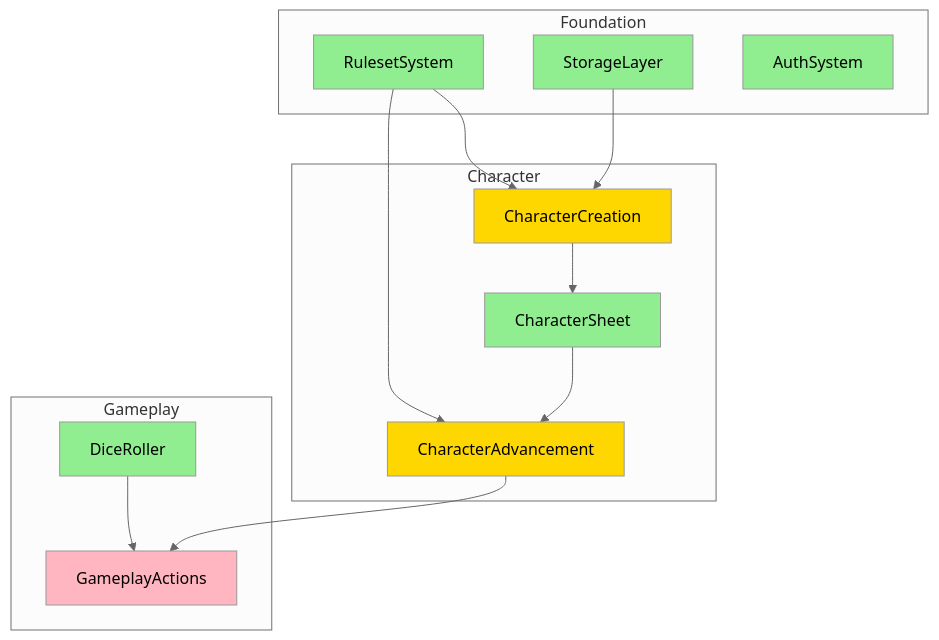
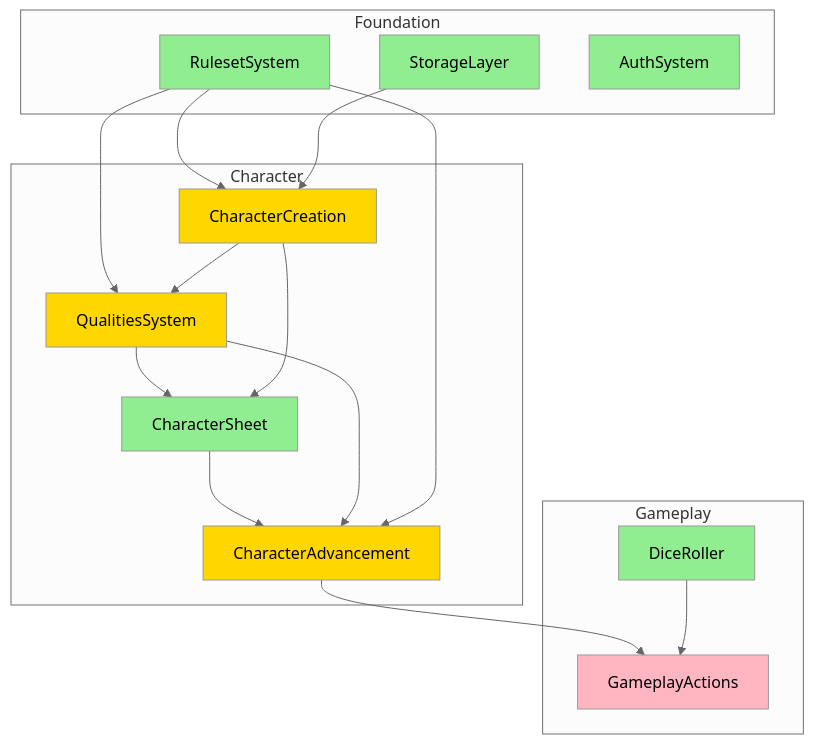
Before and after one commit to Jasrags/ShadowMaster: the fourth of 8 diagrams in docs/specifications/README.md, drawn with Mermaid (neutral theme). The commit also changed other lines of this file and 2 other files, not shown here.

````diff
--- a/docs/specifications/README.md
+++ b/docs/specifications/README.md
@@ -194,36 +197,42 @@
 ```mermaid
 flowchart TD
     subgraph Foundation
         RS[RulesetSystem]
         ST[StorageLayer]
         AU[AuthSystem]
     end
 
     subgraph Character
         CC[CharacterCreation]
+        QS[QualitiesSystem]
         CS[CharacterSheet]
         CA[CharacterAdvancement]
     end
 
     subgraph Gameplay
         GA[GameplayActions]
         DR[DiceRoller]
     end
 
     RS --> CC
     ST --> CC
+    RS --> QS
+    CC --> QS
+    QS --> CS
     CC --> CS
     CS --> CA
+    QS --> CA
     CA --> GA
     DR --> GA
     RS --> CA
 
     style RS fill:#90EE90
     style ST fill:#90EE90
     style AU fill:#90EE90
     style CC fill:#FFD700
+    style QS fill:#FFD700
     style CS fill:#90EE90
     style CA fill:#FFD700
     style GA fill:#FFB6C1
     style DR fill:#90EE90
 ```
````
